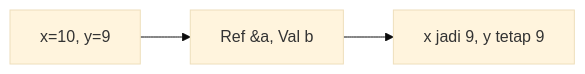
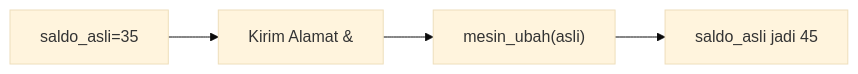
Before and after one commit to amnahwaida/OSNK_INF_PREP: the sixth of 25 diagrams in part-c-pemahaman-cpp/04-fungsi/latihan/set-02.md, drawn with Mermaid (base theme). The commit also changed other lines of this file and 71 other files, not shown here.

````diff
--- a/part-c-pemahaman-cpp/04-fungsi/latihan/set-02.md
+++ b/part-c-pemahaman-cpp/04-fungsi/latihan/set-02.md
@@ -155,5 +161,6 @@
 ```mermaid
 graph LR
-A["x=10, y=9"] --> B["Ref &a, Val b"]
-B --> C["x jadi 9, y tetap 9"]
+A["saldo_asli=35"] --> B["Kirim Alamat &"]
+B --> C["mesin_ubah(asli)"]
+C --> D["saldo_asli jadi 45"]
 ```
````
